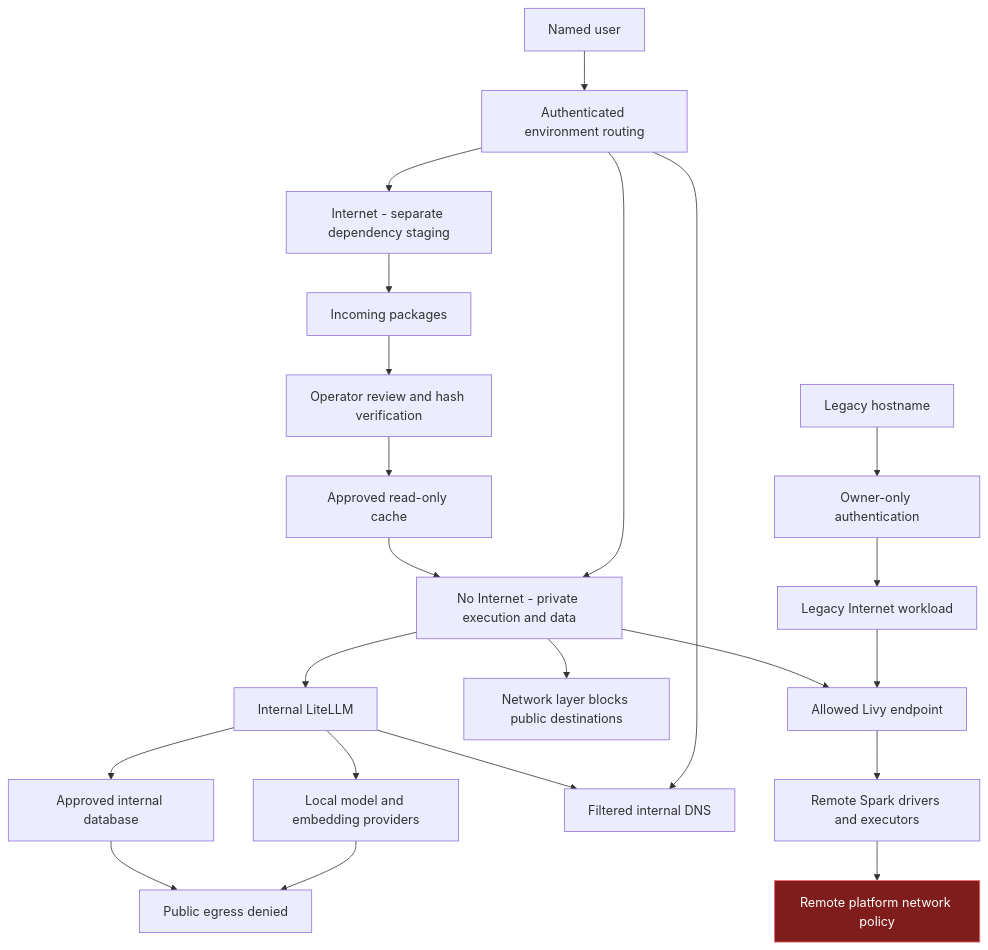
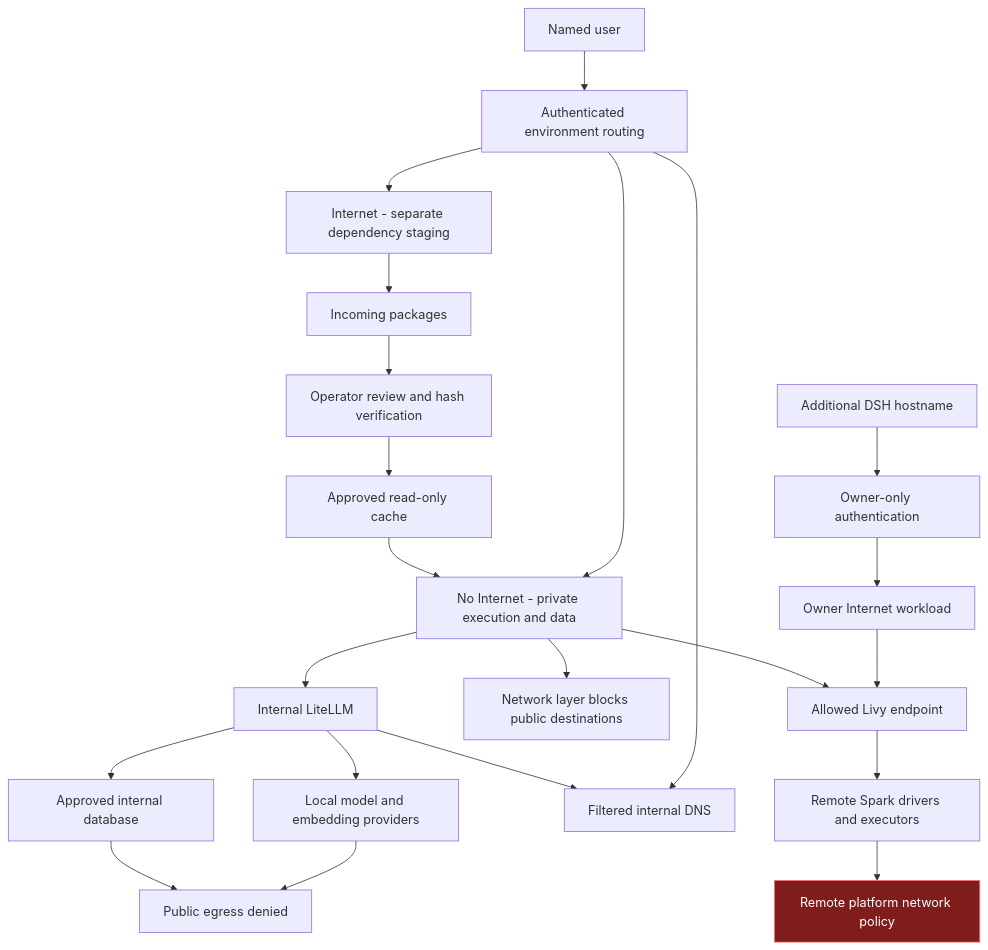
The first of 4 diagrams in docs/DSH_PLATFORM_GUIDE.md (skunpoj/dsh_setup), drawn with Mermaid before and after one commit. The commit also changed other lines of this file and 8 other files, not shown here.

````diff
--- a/docs/DSH_PLATFORM_GUIDE.md
+++ b/docs/DSH_PLATFORM_GUIDE.md
@@ -27,26 +27,26 @@
 ```mermaid
 flowchart TB
  U[Named user] --> G[Authenticated environment routing]
  G --> S[No Internet - private execution and data]
  G --> I[Internet - separate dependency staging]
  S --> M[Internal LiteLLM]
  M --> LM[Local model and embedding providers]
  LM --> LE[Public egress denied]
  DB --> LE
  M --> DB[Approved internal database]
  G --> DNS[Filtered internal DNS]
  M --> DNS
  S --> B[Network layer blocks public destinations]
  I --> P[Incoming packages]
  P --> V[Operator review and hash verification]
  V --> C[Approved read-only cache]
  C --> S
- X[Legacy hostname] --> Y[Owner-only authentication]
- Y --> Z[Legacy Internet workload]
+ X[Additional DSH hostname] --> Y[Owner-only authentication]
+ Y --> Z[Owner Internet workload]
  Z --> L[Allowed Livy endpoint]
  S --> L[Allowed Livy endpoint]
  L --> R[Remote Spark drivers and executors]
  R --> E[Remote platform network policy]
  classDef exposure fill:#7f1d1d,stroke:#f87171,color:#ffffff
  class E exposure
 ```
````
